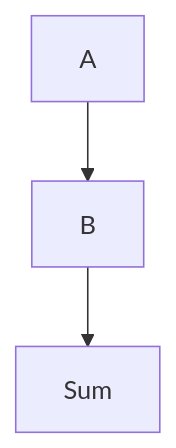
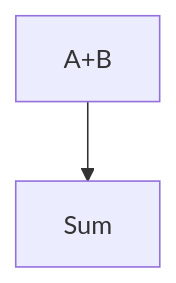
One commit to isimpforobama/Python-Assembly changed the first of 2 diagrams in README.md. Above: the diagram before and after it, drawn with Mermaid.

Commit message:
readmefix

````diff
--- a/README.md
+++ b/README.md
@@ -170,5 +170,4 @@
 ```mermaid
 graph TD;
-        A-->B;
-        B-->Sum;
+        A+B-->Sum;
 ```
````
